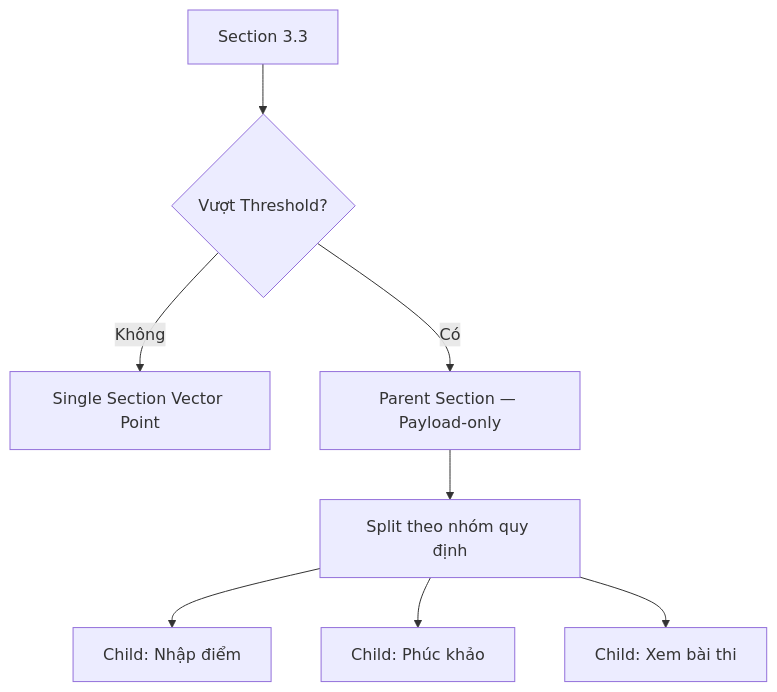
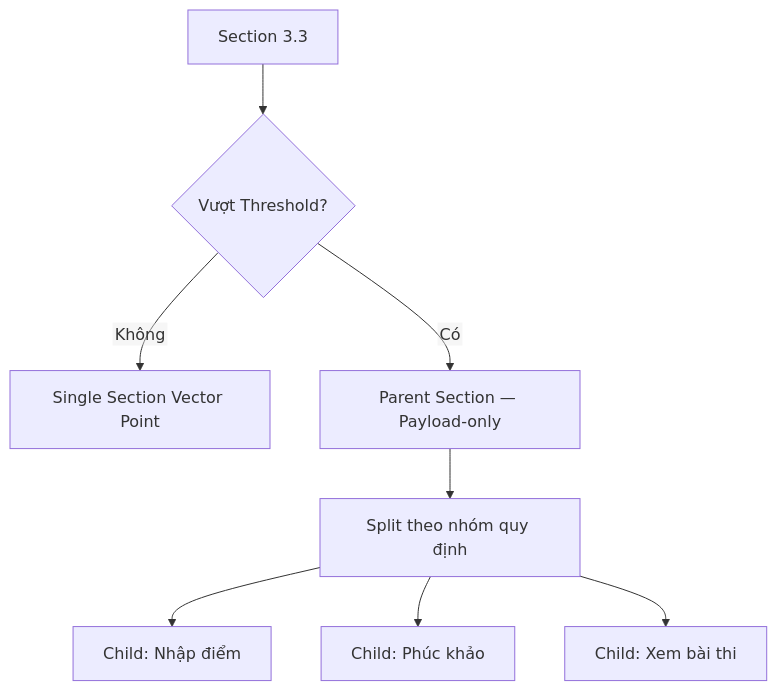
The fifth of 9 diagrams in linh_tinh/uel_chatbot_parse_chunk_stragegy.md (LeGiaVan/ai_foundation), drawn with Mermaid before and after one commit. The commit also changed other lines of this file, not shown here.

````diff
--- a/linh_tinh/uel_chatbot_parse_chunk_stragegy.md
+++ b/linh_tinh/uel_chatbot_parse_chunk_stragegy.md
@@ -422,12 +426,13 @@
 ```mermaid
+%%{init: {"flowchart": {"htmlLabels": false, "useMaxWidth": true}, "theme": "default"}}%%
 flowchart TD
     A["Section 3.3"] --> B{"Vượt Threshold?"}
 
     B -->|Không| C["Single Section Vector Point"]
 
     B -->|Có| D["Parent Section — Payload-only"]
     D --> E["Split theo nhóm quy định"]
     E --> F["Child: Nhập điểm"]
     E --> G["Child: Phúc khảo"]
     E --> H["Child: Xem bài thi"]
 ```
````
